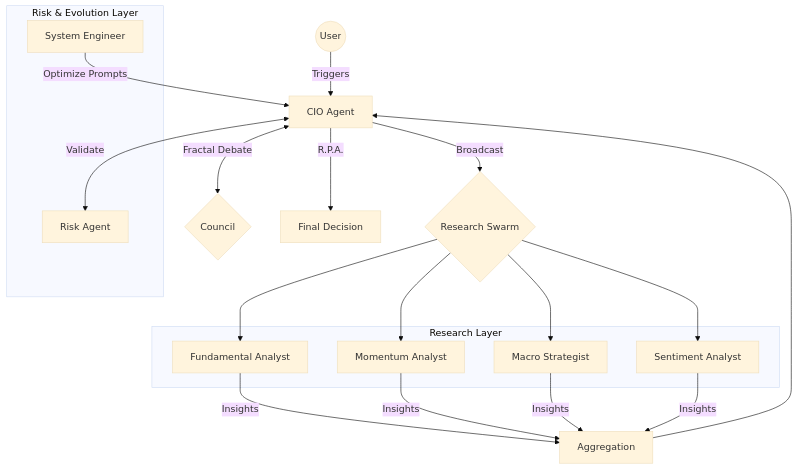
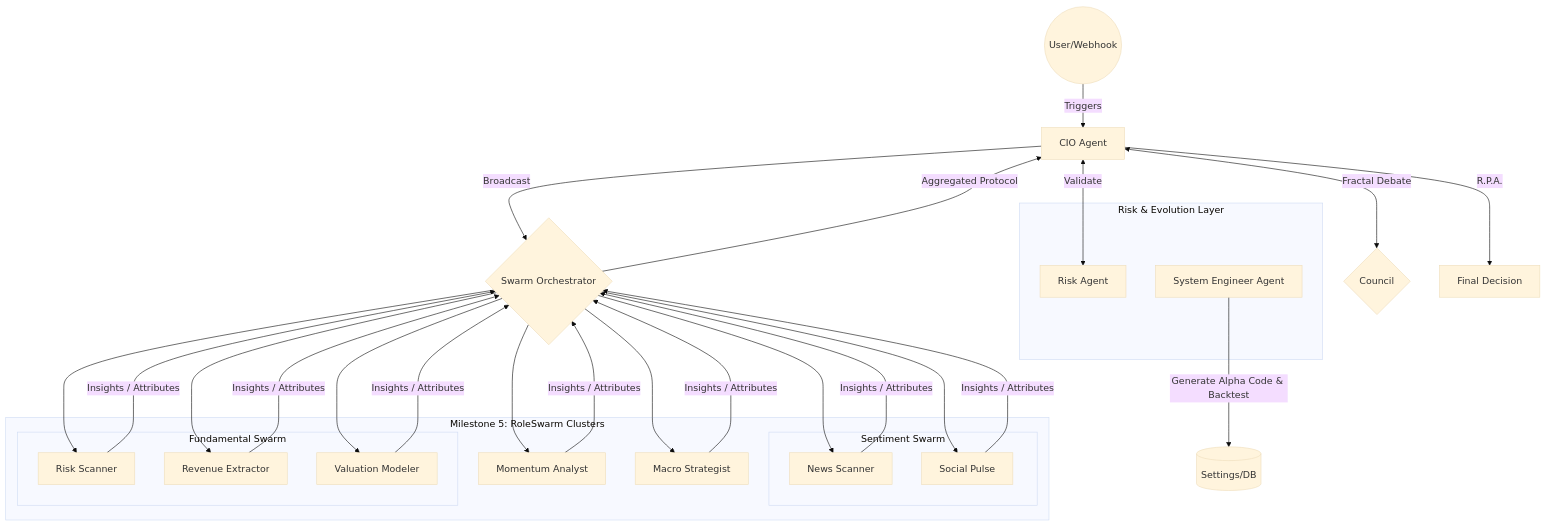
The first of 2 diagrams in wiki/04_架構觀點-Architect_Views/代理人戰略協定-Agent-Swarm-Protocol.md (neohsiung/AI-Investment-Advisor), drawn with Mermaid (base theme) before and after one commit. The commit also changed other lines of this file and 21 other files, not shown here.

````diff
--- a/wiki/04_架構觀點-Architect_Views/代理人戰略協定-Agent-Swarm-Protocol.md
+++ b/wiki/04_架構觀點-Architect_Views/代理人戰略協定-Agent-Swarm-Protocol.md
@@ -22,28 +22,40 @@
 ```mermaid
 graph TD
-    user((User)) -->|Triggers| CIO[CIO Agent]
-    CIO -->|Broadcast| SWARM{Research Swarm}
+    user((User/Webhook)) -->|Triggers| CIO[CIO Agent]
+    CIO -->|Broadcast| ORCH{Swarm Orchestrator}
     
-    subgraph "Research Layer"
-        FUND[Fundamental Analyst]
+    subgraph "Milestone 5: RoleSwarm Clusters"
+        subgraph "Sentiment Swarm"
+            SENT_FAST[News Scanner]
+            SENT_ADV[Social Pulse]
+        end
+        
+        subgraph "Fundamental Swarm"
+            FUND_FAST[Risk Scanner]
+            FUND_SMART[Revenue Extractor]
+            FUND_ADV[Valuation Modeler]
+        end
+        
         MOM[Momentum Analyst]
         MACRO[Macro Strategist]
-        SENT[Sentiment Analyst]
     end
     
     subgraph "Risk & Evolution Layer"
         RISK[Risk Agent]
-        ENG[System Engineer]
+        ENG[System Engineer Agent]
     end
 
-    SWARM --> FUND & MOM & MACRO & SENT
+    ORCH --> SENT_FAST & SENT_ADV
+    ORCH --> FUND_FAST & FUND_SMART & FUND_ADV
+    ORCH --> MOM & MACRO
     
-    FUND & MOM & MACRO & SENT -->|Insights| AGG[Aggregation]
-    AGG --> CIO
+    SENT_FAST & SENT_ADV & FUND_FAST & FUND_SMART & FUND_ADV & MOM & MACRO -->|Insights / Attributes| ORCH
+    ORCH -->|Aggregated Protocol| CIO
     
     CIO <-->|Validate| RISK
     CIO <-->|Fractal Debate| COUNCIL{Council}
-    ENG -->|Optimize Prompts| CIO
+    
+    ENG -->|Generate Alpha Code & Backtest| SETTINGS[(Settings/DB)]
     
     CIO -->|R.P.A.| DECISION[Final Decision]
 ```
````
